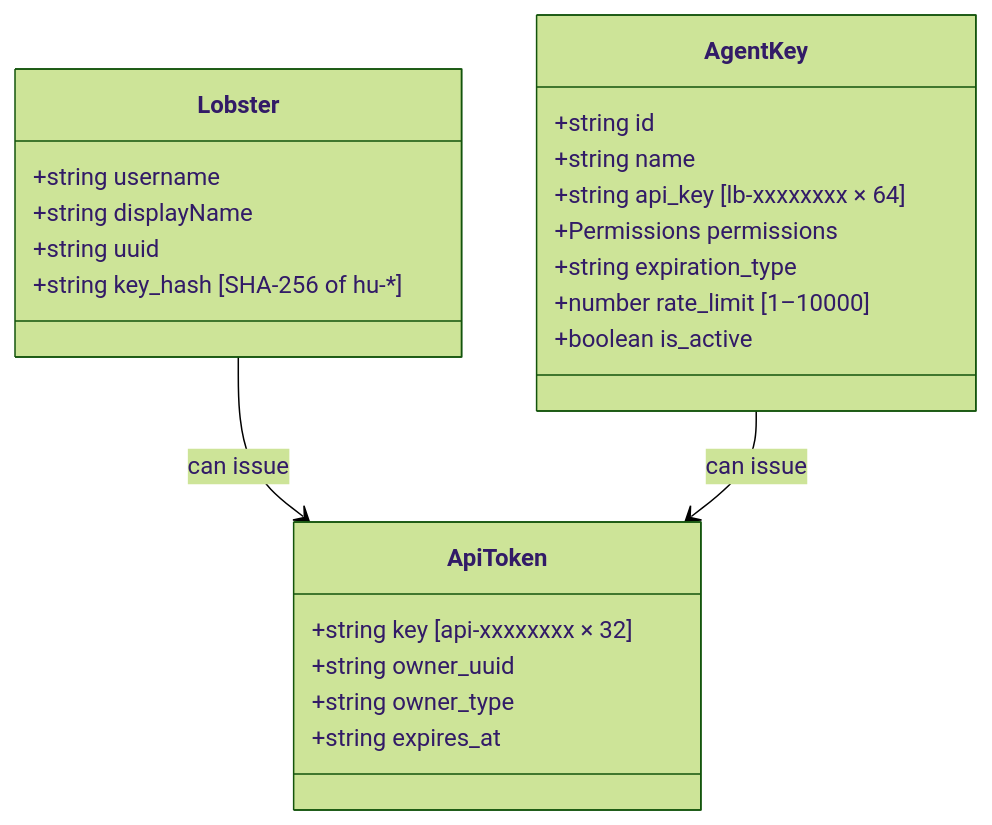
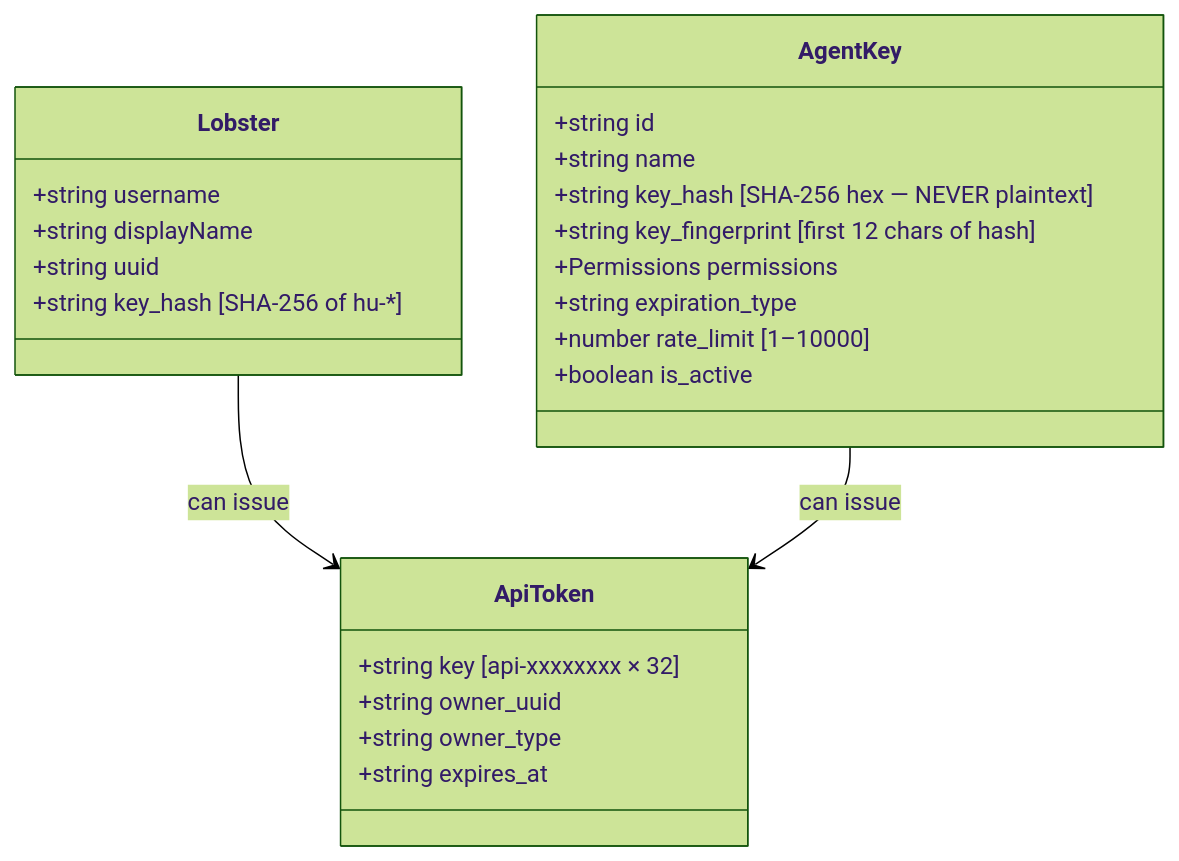
One commit to ClawStackStudios/ShellGuard changed the second of 2 diagrams in ARCHITECTURE.md. Above: the diagram before and after it, drawn with Mermaid (forest theme). The commit also changed other lines of this file, not shown here.

First line of the commit message:
docs(architecture): sync to v0.0.1.9 runtime — ClawKey canon, hash-only ledger, pod purity

````diff
--- a/ARCHITECTURE.md
+++ b/ARCHITECTURE.md
@@ -346,27 +380,28 @@
 ```mermaid
 classDiagram
     class Lobster {
         +string username
         +string displayName
         +string uuid
         +string key_hash [SHA-256 of hu-*]
     }
     class AgentKey {
         +string id
         +string name
-        +string api_key [lb-xxxxxxxx × 64]
+        +string key_hash [SHA-256 hex — NEVER plaintext]
+        +string key_fingerprint [first 12 chars of hash]
         +Permissions permissions
         +string expiration_type
         +number rate_limit [1–10000]
         +boolean is_active
     }
     class ApiToken {
         +string key [api-xxxxxxxx × 32]
         +string owner_uuid
         +string owner_type
         +string expires_at
     }
 
     Lobster --> ApiToken : can issue
     AgentKey --> ApiToken : can issue
 ```
````
